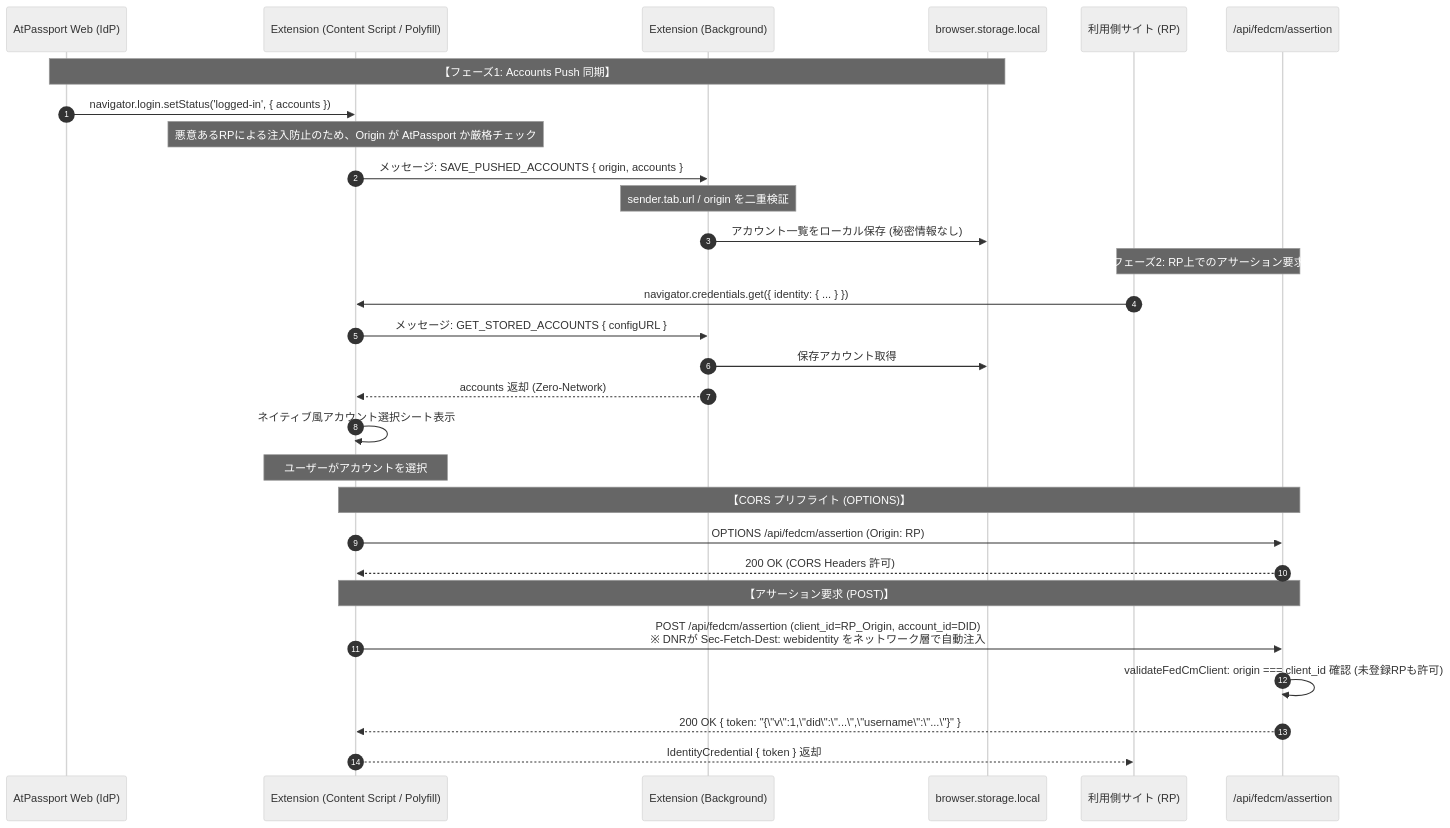
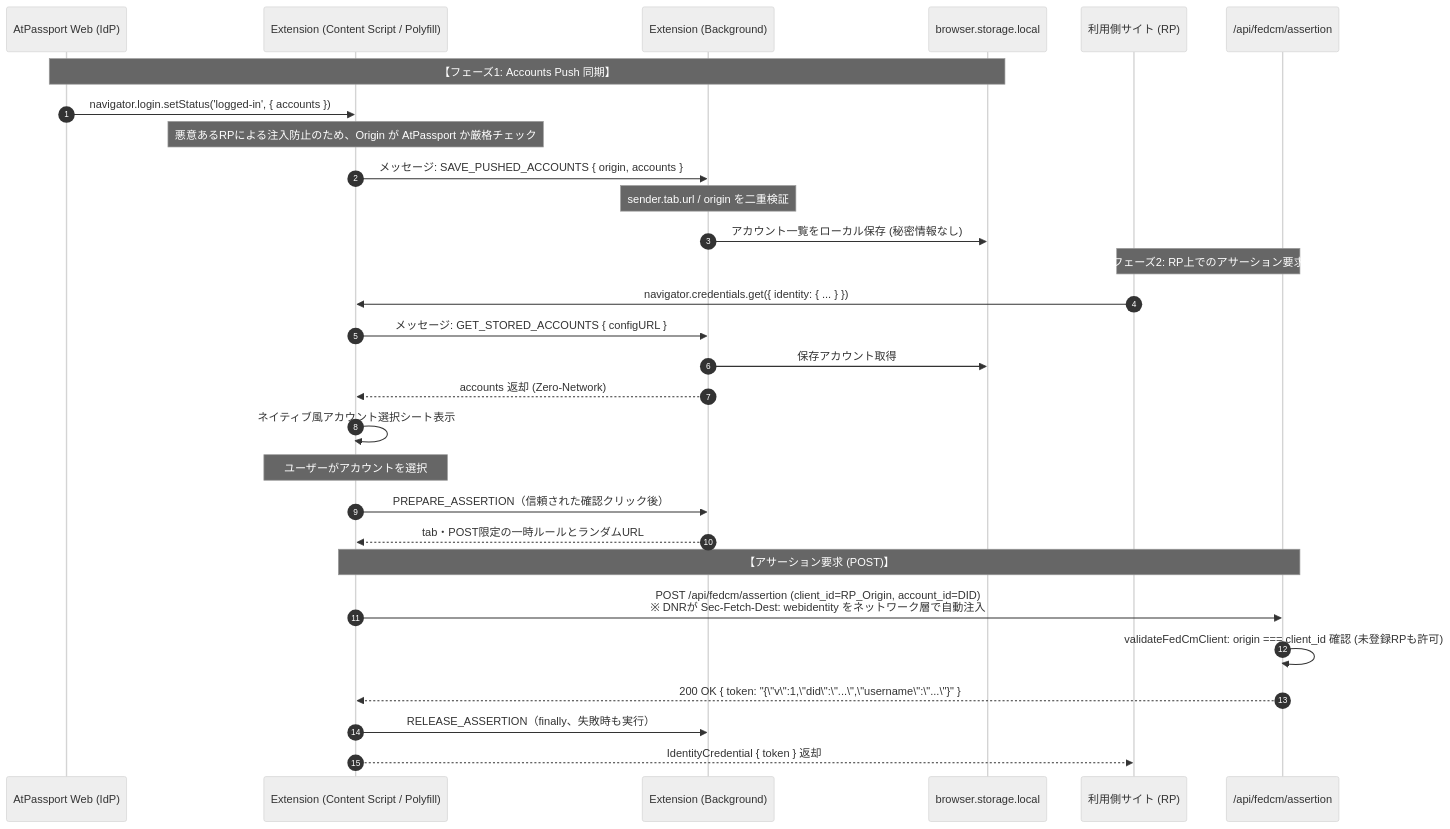
One commit to usounds/atpassport changed the diagram in feat/idp-registration/DESIGN_step2-extension-storage-assertion.md. Above: the diagram before and after it, drawn with Mermaid (neutral theme). The commit also changed other lines of this file and 27 other files, not shown here.

````diff
--- a/feat/idp-registration/DESIGN_step2-extension-storage-assertion.md
+++ b/feat/idp-registration/DESIGN_step2-extension-storage-assertion.md
@@ -18,35 +18,35 @@
 ```mermaid
 sequenceDiagram
     autonumber
     participant Web as AtPassport Web (IdP)
     participant ExtCont as Extension (Content Script / Polyfill)
     participant ExtBG as Extension (Background)
     participant ExtStore as browser.storage.local
     participant RP as 利用側サイト (RP)
     participant Server as /api/fedcm/assertion
 
     Note over Web,ExtStore: 【フェーズ1: Accounts Push 同期】
     Web->>ExtCont: navigator.login.setStatus('logged-in', { accounts })
     Note over ExtCont: 悪意あるRPによる注入防止のため、Origin が AtPassport か厳格チェック
     ExtCont->>ExtBG: メッセージ: SAVE_PUSHED_ACCOUNTS { origin, accounts }
     Note over ExtBG: sender.tab.url / origin を二重検証
     ExtBG->>ExtStore: アカウント一覧をローカル保存 (秘密情報なし)
 
     Note over RP,Server: 【フェーズ2: RP上でのアサーション要求】
     RP->>ExtCont: navigator.credentials.get({ identity: { ... } })
     ExtCont->>ExtBG: メッセージ: GET_STORED_ACCOUNTS { configURL }
     ExtBG->>ExtStore: 保存アカウント取得
     ExtBG-->>ExtCont: accounts 返却 (Zero-Network)
     ExtCont->>ExtCont: ネイティブ風アカウント選択シート表示
     Note over ExtCont: ユーザーがアカウントを選択
 
-    Note over ExtCont,Server: 【CORS プリフライト (OPTIONS)】
-    ExtCont->>Server: OPTIONS /api/fedcm/assertion (Origin: RP)
-    Server-->>ExtCont: 200 OK (CORS Headers 許可)
+    ExtCont->>ExtBG: PREPARE_ASSERTION（信頼された確認クリック後）
+    ExtBG-->>ExtCont: tab・POST限定の一時ルールとランダムURL
 
     Note over ExtCont,Server: 【アサーション要求 (POST)】
     ExtCont->>Server: POST /api/fedcm/assertion (client_id=RP_Origin, account_id=DID)<br/>※ DNRが Sec-Fetch-Dest: webidentity をネットワーク層で自動注入
     Server->>Server: validateFedCmClient: origin === client_id 確認 (未登録RPも許可)
     Server-->>ExtCont: 200 OK { token: "{\"v\":1,\"did\":\"...\",\"username\":\"...\"}" }
+    ExtCont->>ExtBG: RELEASE_ASSERTION（finally、失敗時も実行）
     ExtCont-->>RP: IdentityCredential { token } 返却
 ```
````
